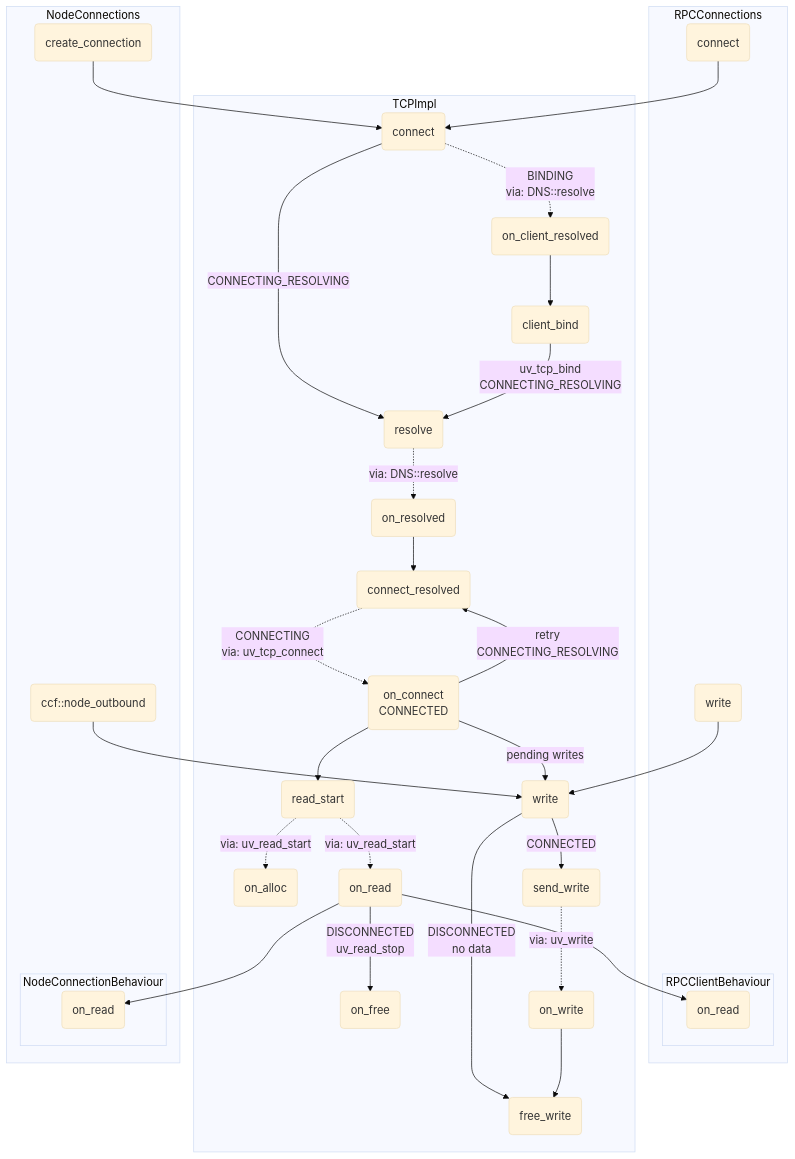
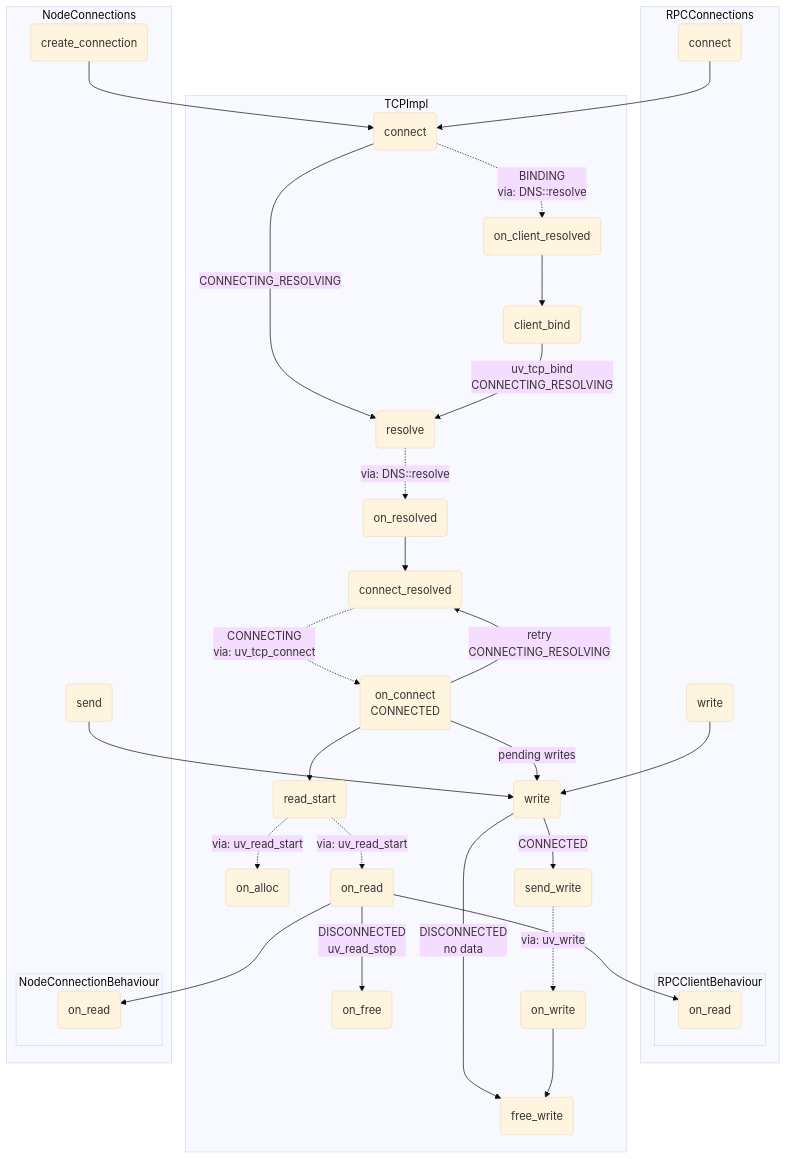
The fourth of 4 diagrams in doc/architecture/tcp_internals.rst (microsoft/CCF), drawn with Mermaid (base theme) before and after one commit. The commit also changed other lines of this file and 25 other files, not shown here.

```diff
--- a/doc/architecture/tcp_internals.rst
+++ b/doc/architecture/tcp_internals.rst
@@ -174,69 +174,69 @@
 .. mermaid::
 
     graph TD
         subgraph RPCConnections
             rc(connect)
             rw(write)
             subgraph RPCClientBehaviour
                 rsbor(on_read)
             end
         end
 
         subgraph TCPImpl
             tc(connect)
             tocr(on_client_resolved)
             tcb(client_bind)
             tr(resolve)
             tor(on_resolved)
             tcr(connect_resolved)
             toc(on_connect<br>CONNECTED)
 
             trs(read_start)
             toa(on_alloc)
             tore(on_read)
             tof(on_free)
 
             tw(write)
             tow(on_write)
             tfw(free_write)
             tsw(send_write)
         end
 
         subgraph NodeConnections
             ncc(create_connection)
-            nw(ccf::node_outbound)
+            nw(send)
             subgraph NodeConnectionBehaviour
                 nsbor(on_read)
             end
         end
 
         %% Entry Points
         rc --> tc
         ncc --> tc
         rw --> tw
         nw --> tw
 
         %% Connect path
         tc -- CONNECTING_RESOLVING --> tr
         tc -. BINDING<br>via: DNS::resolve .-> tocr
         tocr --> tcb
         tcb -- uv_tcp_bind<br>CONNECTING_RESOLVING --> tr
         tr -. via: DNS::resolve .-> tor
         tor --> tcr
         tcr -. CONNECTING<br>via: uv_tcp_connect .-> toc
         toc -- retry<br>CONNECTING_RESOLVING --> tcr
         toc -- pending writes --> tw
         toc --> trs
 
         %% Read path
         trs -. via: uv_read_start .-> toa
         trs -. via: uv_read_start .-> tore
         tore -- DISCONNECTED<br>uv_read_stop --> tof
         tore --> rsbor
         tore --> nsbor
 
         %% Write path
         tw -- CONNECTED --> tsw
         tw -- DISCONNECTED<br>no data --> tfw
         tsw -. via: uv_write .-> tow
         tow --> tfw
```
